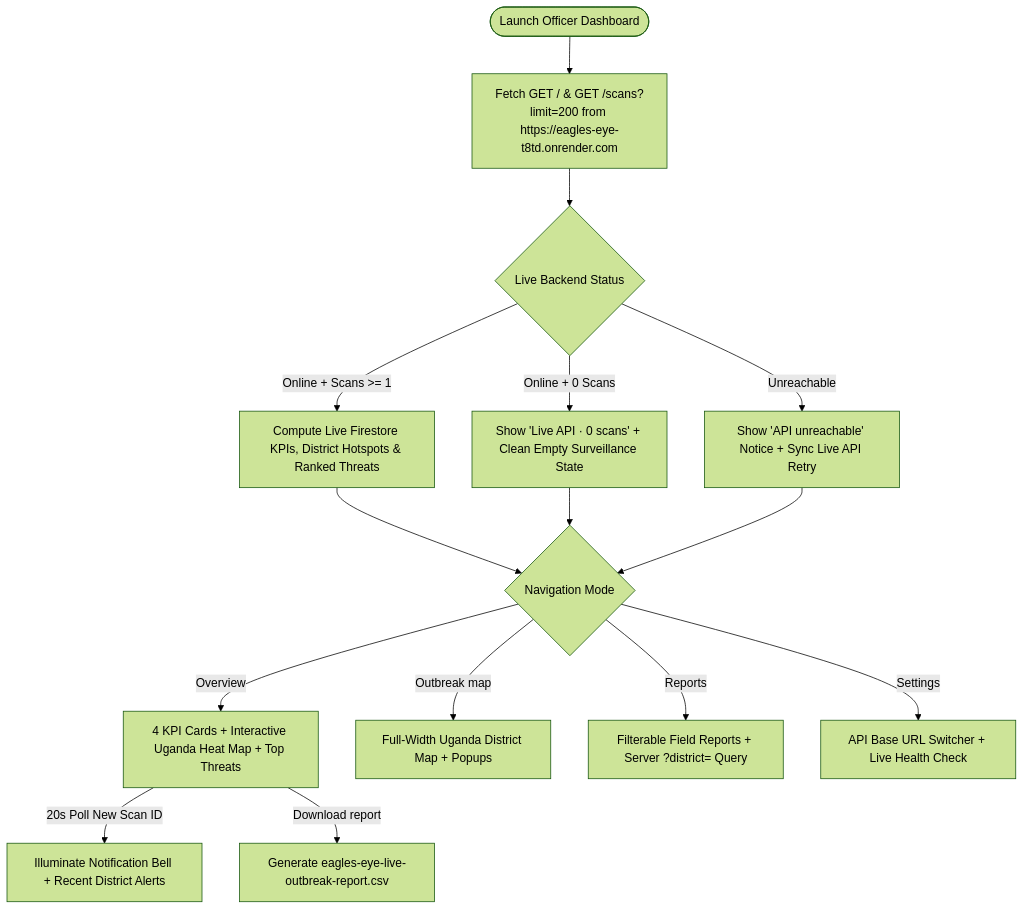
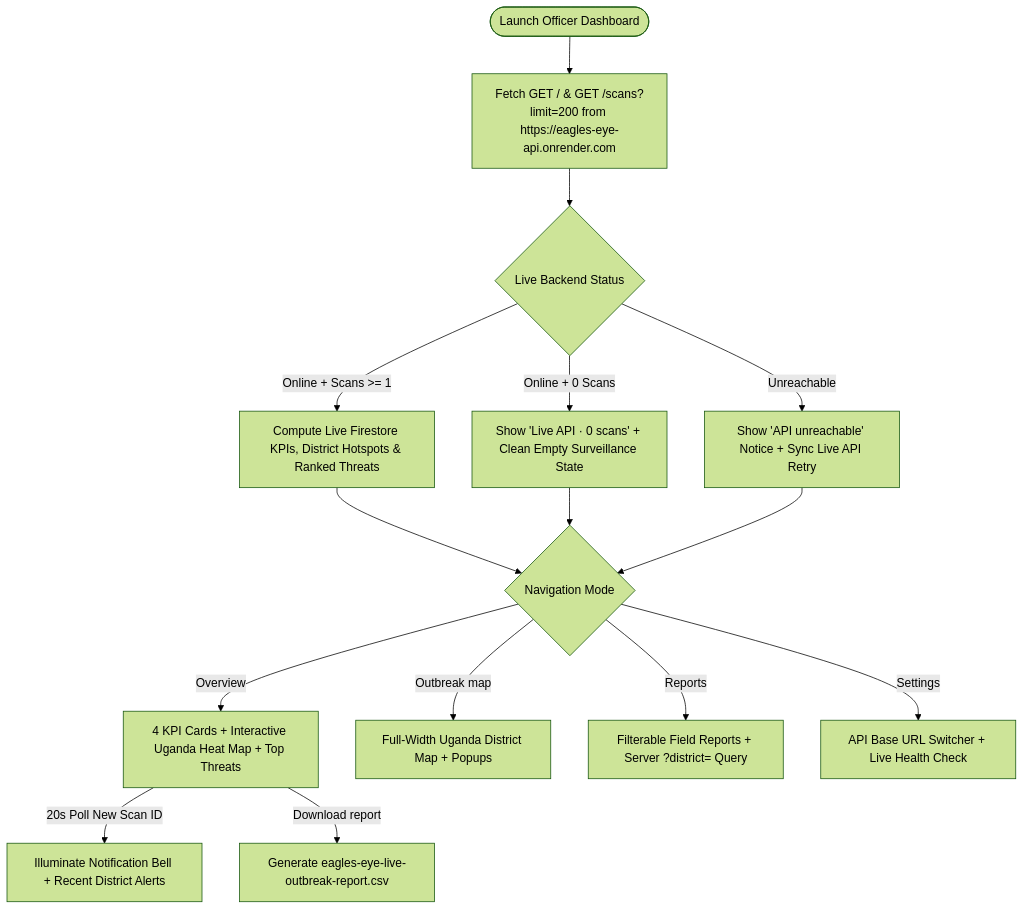
The third of 3 diagrams in docs/PROJECT_REPORT.md (Wasswa-Phen/eagles-eye), drawn with Mermaid (forest theme) before and after one commit. The commit also changed other lines of this file and 10 other files, not shown here.

````diff
--- a/docs/PROJECT_REPORT.md
+++ b/docs/PROJECT_REPORT.md
@@ -96,21 +96,21 @@
 ```mermaid
 flowchart TD
-    Open(["Launch Officer Dashboard"]) --> Sync["Fetch GET / & GET /scans?limit=200 from https://eagles-eye-t8td.onrender.com"]
+    Open(["Launch Officer Dashboard"]) --> Sync["Fetch GET / & GET /scans?limit=200 from https://eagles-eye-api.onrender.com"]
     Sync --> Check{"Live Backend Status"}
 
     Check -->|"Online + Scans >= 1"| LiveMetrics["Compute Live Firestore KPIs, District Hotspots & Ranked Threats"]
     Check -->|"Online + 0 Scans"| ReadyState["Show 'Live API · 0 scans' + Clean Empty Surveillance State"]
     Check -->|"Unreachable"| OfflineState["Show 'API unreachable' Notice + Sync Live API Retry"]
 
     LiveMetrics --> Nav{"Navigation Mode"}
     ReadyState --> Nav
     OfflineState --> Nav
 
     Nav -->|"Overview"| SplitView["4 KPI Cards + Interactive Uganda Heat Map + Top Threats"]
     Nav -->|"Outbreak map"| ExpandedMap["Full-Width Uganda District Map + Popups"]
     Nav -->|"Reports"| ReportTable["Filterable Field Reports + Server ?district= Query"]
     Nav -->|"Settings"| Config["API Base URL Switcher + Live Health Check"]
 
     SplitView -->|"20s Poll New Scan ID"| AlertDot["Illuminate Notification Bell + Recent District Alerts"]
     SplitView -->|"Download report"| ExportCSV["Generate eagles-eye-live-outbreak-report.csv"]
 ```
````
